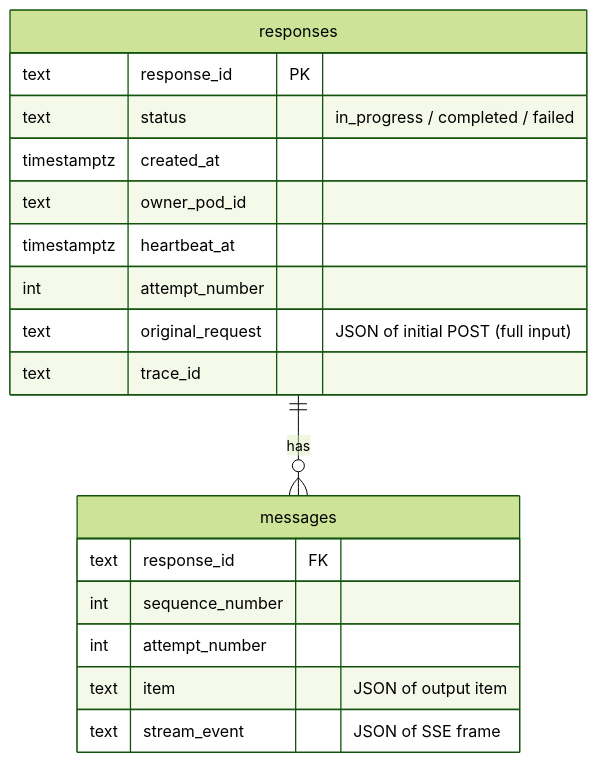
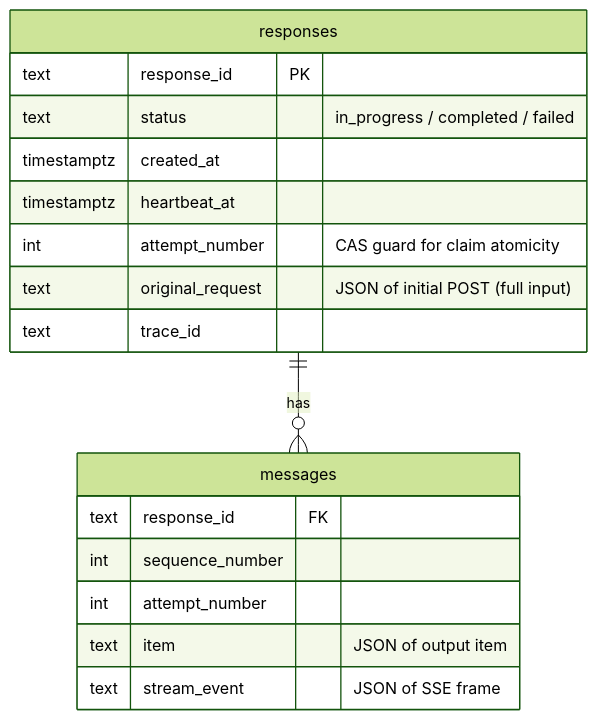
One commit to databricks/databricks-ai-bridge changed the fourth of 10 diagrams in src/databricks_ai_bridge/long_running/AGENTS.md. Above: the diagram before and after it, drawn with Mermaid (forest theme). The commit also changed other lines of this file and 7 other files, not shown here.

````diff
--- a/src/databricks_ai_bridge/long_running/AGENTS.md
+++ b/src/databricks_ai_bridge/long_running/AGENTS.md
@@ -180,21 +180,20 @@
 ```mermaid
 erDiagram
     responses {
         text response_id PK
         text status "in_progress / completed / failed"
         timestamptz created_at
-        text owner_pod_id
         timestamptz heartbeat_at
-        int attempt_number
+        int attempt_number "CAS guard for claim atomicity"
         text original_request "JSON of initial POST (full input)"
         text trace_id
     }
     messages {
         text response_id FK
         int sequence_number
         int attempt_number
         text item "JSON of output item"
         text stream_event "JSON of SSE frame"
     }
     responses ||--o{ messages : "has"
 ```
````
